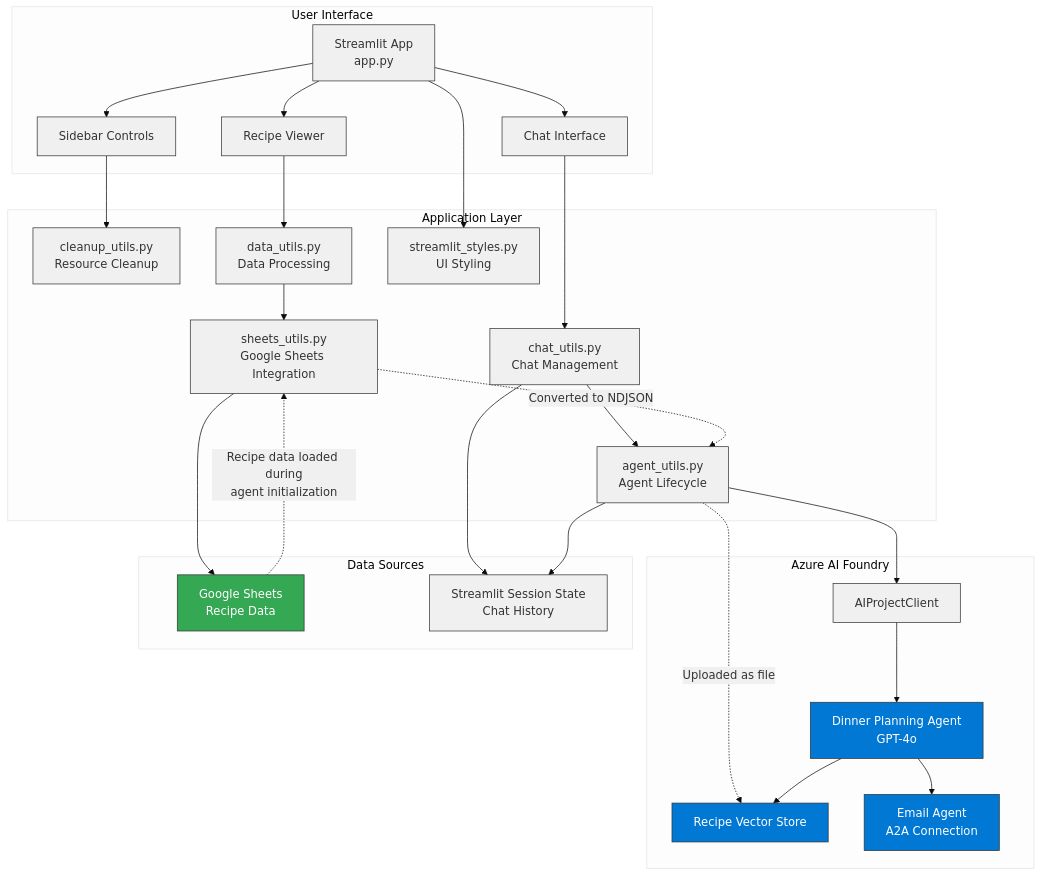
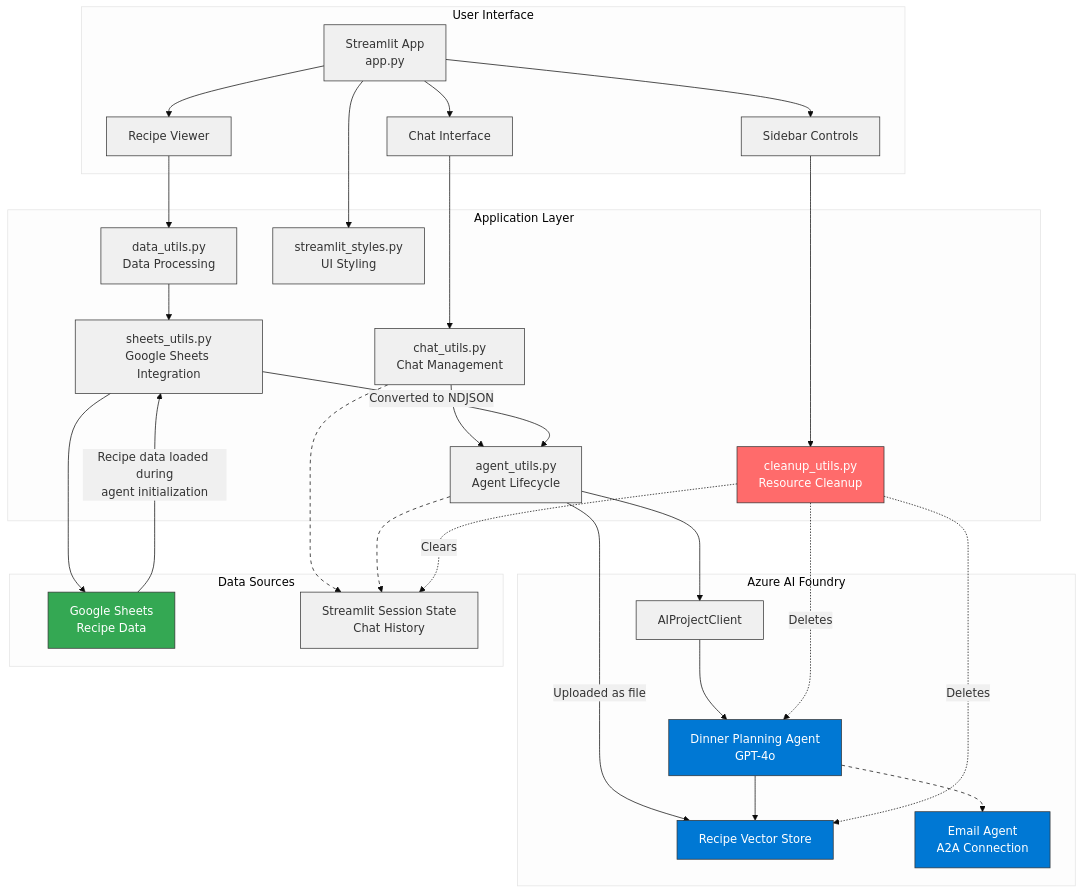
The first of 4 diagrams in diagrams.md (auroravoje/ai-agent), drawn with Mermaid before and after one commit.

Commit message:
add cleanup flow arrows

````diff
--- a/diagrams.md
+++ b/diagrams.md
@@ -5,61 +5,68 @@
 ```mermaid
 %%{init: {'theme':'base', 'themeVariables': { 'primaryColor':'#f0f0f0','primaryBorderColor':'#333'}}}%%
 graph TD
     subgraph "User Interface"
         Chat[Chat Interface]
         Controls[Sidebar Controls]
         Recipes[Recipe Viewer]
         UI[Streamlit App<br/>app.py]
     end
     
     subgraph "Application Layer"
         ChatUtils[chat_utils.py<br/>Chat Management]
         CleanupUtils[cleanup_utils.py<br/>Resource Cleanup]
         DataUtils[data_utils.py<br/>Data Processing]
         Styles[streamlit_styles.py<br/>UI Styling]
         AgentUtils[agent_utils.py<br/>Agent Lifecycle]
         SheetsUtils[sheets_utils.py<br/>Google Sheets Integration]
     end
     
     subgraph "Azure AI Foundry"
         ProjectClient[AIProjectClient]
         Agent[Dinner Planning Agent<br/>GPT-4o]
         VectorStore[Recipe Vector Store]
         EmailAgent[Email Agent<br/>A2A Connection]
     end
     
     subgraph "Data Sources"
         GoogleSheets[Google Sheets<br/>Recipe Data]
         SessionState[Streamlit Session State<br/>Chat History]
     end
     
     UI --> Chat
     UI --> Recipes
     UI --> Controls
     UI --> Styles
     
     Chat --> ChatUtils
     Controls --> CleanupUtils
     Recipes --> DataUtils
     
     ChatUtils --> AgentUtils
     AgentUtils --> ProjectClient
     DataUtils --> SheetsUtils
     
     SheetsUtils --> GoogleSheets
-    GoogleSheets -.->|Recipe data loaded during<br/>agent initialization| SheetsUtils
-    SheetsUtils -.->|Converted to NDJSON| AgentUtils
-    AgentUtils -.->|Uploaded as file| VectorStore
+    GoogleSheets -->|Recipe data loaded during<br/>agent initialization| SheetsUtils
+    SheetsUtils -->|Converted to NDJSON| AgentUtils
+    AgentUtils -->|Uploaded as file| VectorStore
     
     ProjectClient --> Agent
     Agent --> VectorStore
     Agent --> EmailAgent
     
     ChatUtils --> SessionState
     AgentUtils --> SessionState
     
+    CleanupUtils -.->|Deletes| Agent
+    CleanupUtils -.->|Deletes| VectorStore
+    CleanupUtils -.->|Clears| SessionState
+    
+    linkStyle 16,17,18 stroke-dasharray: 5 5
+    
     style Agent fill:#0078d4,color:#fff
     style VectorStore fill:#0078d4,color:#fff
     style EmailAgent fill:#0078d4,color:#fff
     style GoogleSheets fill:#34a853,color:#fff
+    style CleanupUtils fill:#ff6b6b,color:#fff
 ```
````
